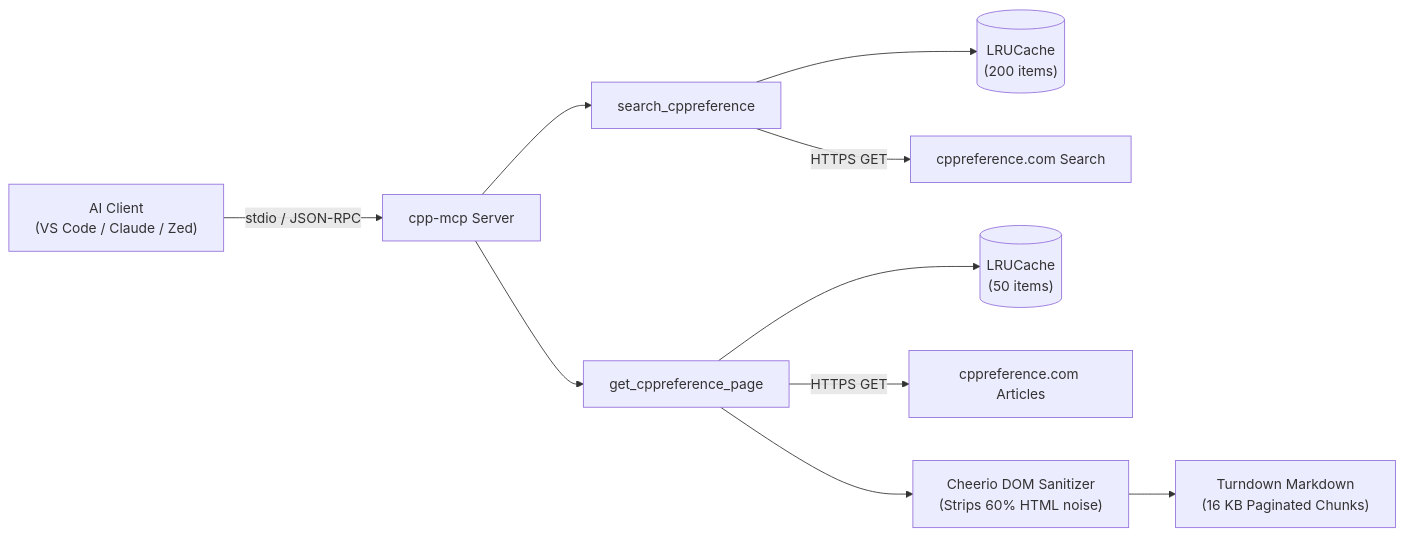
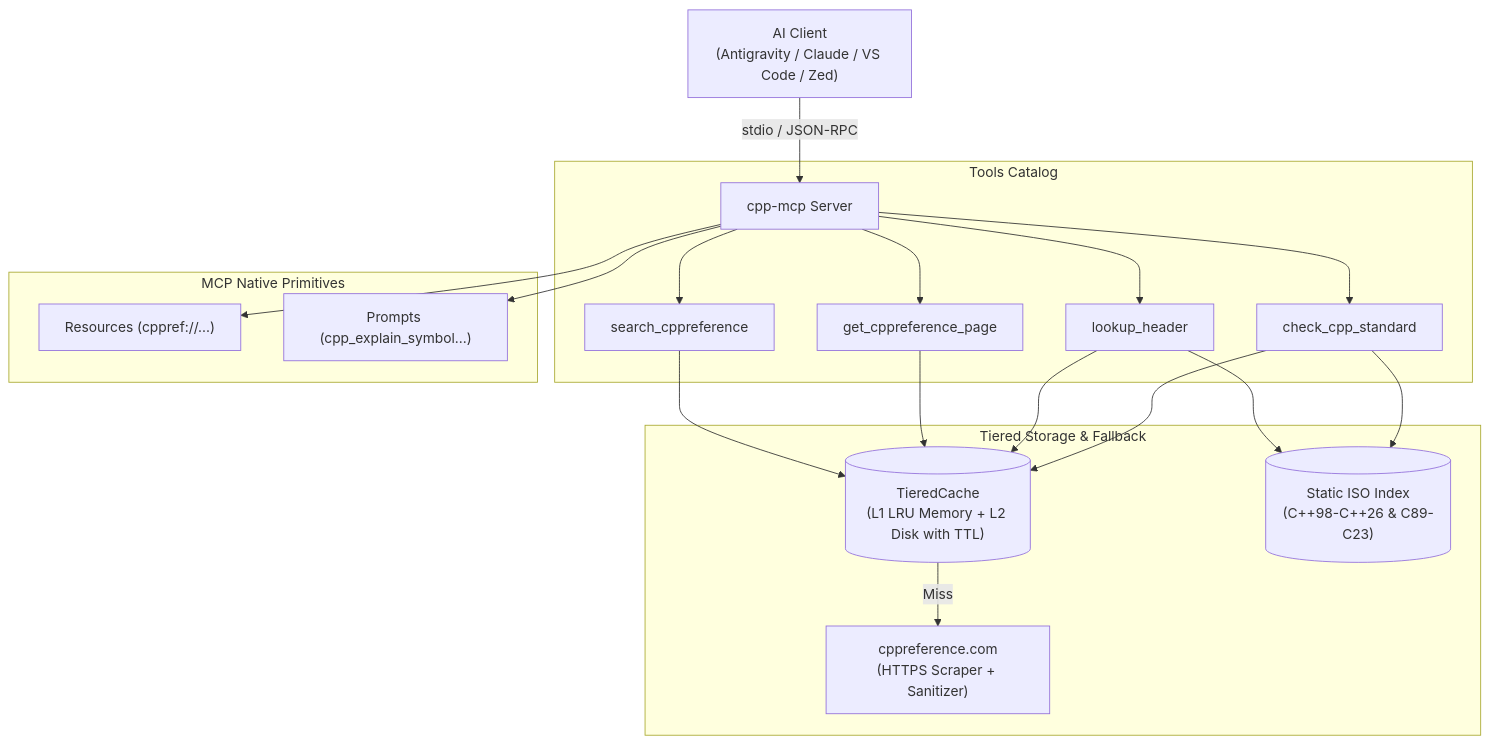
Before and after one commit to CHOCEK-RB/cpp-mcp: the diagram in README.md, drawn with Mermaid. The commit also changed other lines of this file, not shown here.

Commit message:
docs: add Google Antigravity config, standalone binary setup, and update architecture

````diff
--- a/README.md
+++ b/README.md
@@ -17,12 +17,22 @@
 ```mermaid
-flowchart LR
-    A["AI Client\n(VS Code / Claude / Zed)"] -- stdio / JSON-RPC --> B["cpp-mcp Server"]
-    B --> C["search_cppreference"]
-    B --> D["get_cppreference_page"]
-    C --> E[("LRUCache\n(200 items)")]
-    D --> F[("LRUCache\n(50 items)")]
-    C -- HTTPS GET --> G["cppreference.com Search"]
-    D -- HTTPS GET --> H["cppreference.com Articles"]
-    D --> I["Cheerio DOM Sanitizer\n(Strips 60% HTML noise)"]
-    I --> J["Turndown Markdown\n(16 KB Paginated Chunks)"]
+flowchart TD
+    Client["AI Client\n(Antigravity / Claude / VS Code / Zed)"] -- stdio / JSON-RPC --> Server["cpp-mcp Server"]
+    
+    subgraph Tools ["Tools Catalog"]
+        Server --> T1["search_cppreference"]
+        Server --> T2["get_cppreference_page"]
+        Server --> T3["lookup_header"]
+        Server --> T4["check_cpp_standard"]
+    end
+
+    subgraph Primitives ["MCP Native Primitives"]
+        Server --> Res["Resources (cppref://...)"]
+        Server --> Prm["Prompts (cpp_explain_symbol...)"]
+    end
+
+    subgraph Storage ["Tiered Storage & Fallback"]
+        T1 & T2 & T3 & T4 --> Cache[("TieredCache\n(L1 LRU Memory + L2 Disk with TTL)")]
+        T3 & T4 --> StaticIdx[("Static ISO Index\n(C++98-C++26 & C89-C23)")]
+        Cache -- Miss --> Web["cppreference.com\n(HTTPS Scraper + Sanitizer)"]
+    end
 ```
````
